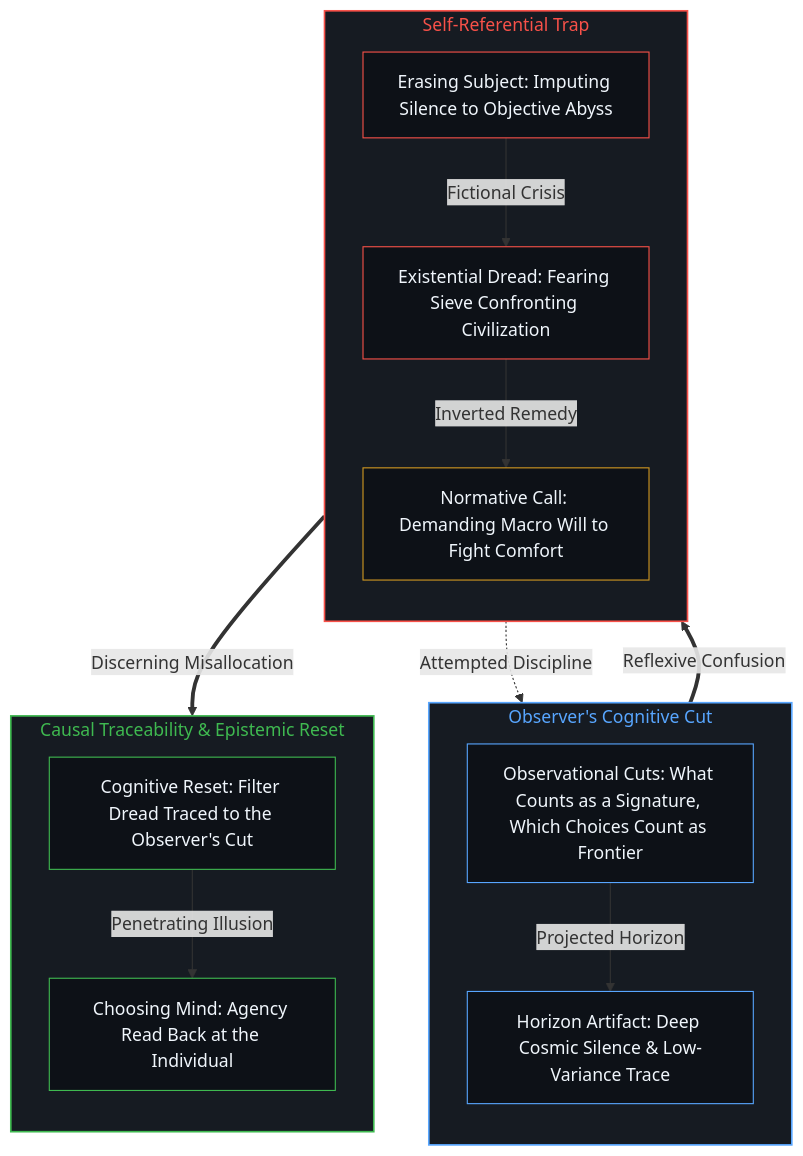
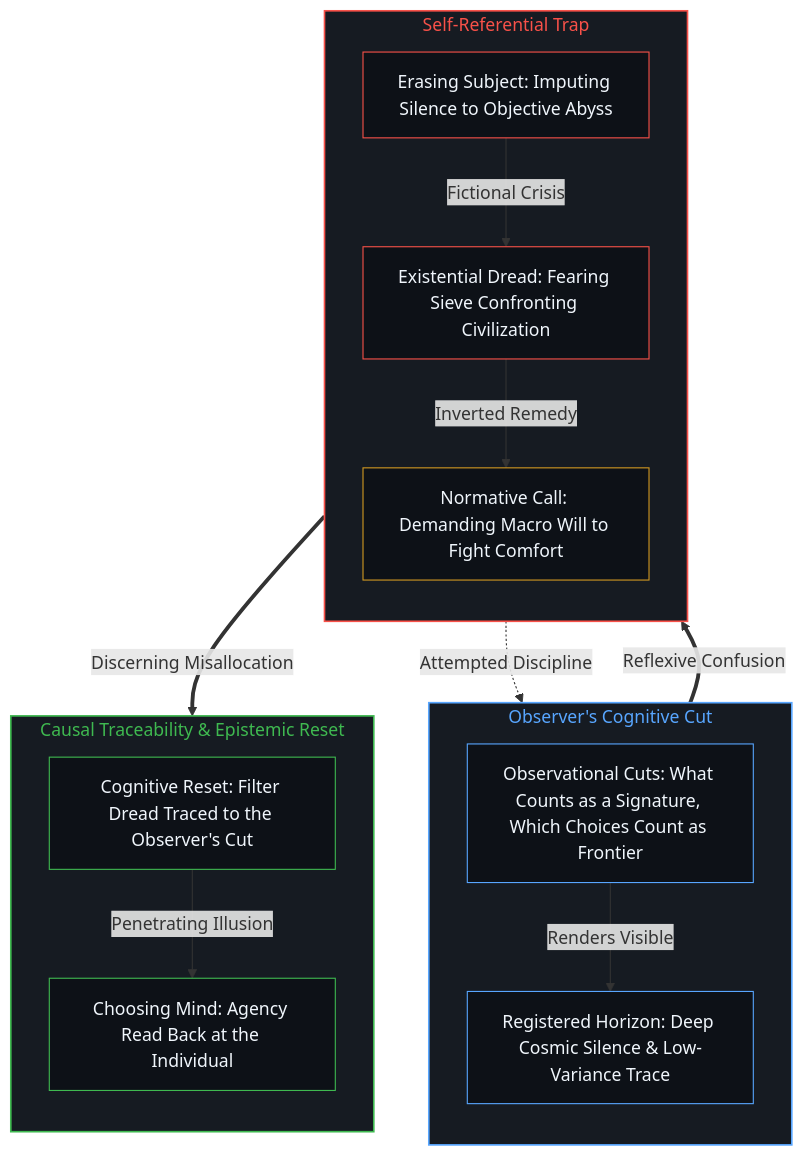
The fourth of 6 diagrams in content/posts/the-fermi-paradox-reified-agency-and-the-great-filter.md (powerpig99/not-a-toe), drawn with Mermaid before and after one commit. The commit also changed other lines of this file and 2 other files, not shown here.

Commit message:
Consolidate Deep Sleep Batch 23: refine ones-potential-as-threat-or-inspiration and the-fermi-paradox-reified-agency-and-the-great-filter

````diff
--- a/content/posts/the-fermi-paradox-reified-agency-and-the-great-filter.md
+++ b/content/posts/the-fermi-paradox-reified-agency-and-the-great-filter.md
@@ -148,36 +148,36 @@
 ```mermaid
 flowchart TD
     subgraph S_Cut ["Observer's Cognitive Cut"]
         direction TB
         CUT["Observational Cuts: What Counts as a Signature, Which Choices Count as Frontier"]
-        SIL["Horizon Artifact: Deep Cosmic Silence & Low-Variance Trace"]
+        SIL["Registered Horizon: Deep Cosmic Silence & Low-Variance Trace"]
     end
     subgraph S_Trap ["Self-Referential Trap"]
         direction TB
         ERASE["Erasing Subject: Imputing Silence to Objective Abyss"]
         DREAD["Existential Dread: Fearing Sieve Confronting Civilization"]
         MORAL["Normative Call: Demanding Macro Will to Fight Comfort"]
     end
     subgraph S_Ground ["Causal Traceability & Epistemic Reset"]
         direction TB
         REC["Cognitive Reset: Filter Dread Traced to the Observer's Cut"]
         MIND["Choosing Mind: Agency Read Back at the Individual"]
     end
-    CUT -->|"Projected Horizon"| SIL
+    CUT -->|"Renders Visible"| SIL
     SIL ==>|"Reflexive Confusion"| ERASE
     ERASE -->|"Fictional Crisis"| DREAD
     DREAD -->|"Inverted Remedy"| MORAL
     MORAL -.->|"Attempted Discipline"| CUT
     DREAD ==>|"Discerning Misallocation"| REC
     REC -->|"Penetrating Illusion"| MIND
     style S_Cut fill:#161b22,stroke:#58a6ff,stroke-width:1.5px,color:#58a6ff
     style S_Trap fill:#161b22,stroke:#f85149,stroke-width:1.5px,color:#f85149
     style S_Ground fill:#161b22,stroke:#3fb950,stroke-width:1.5px,color:#3fb950
     style CUT fill:#0d1117,stroke:#58a6ff,stroke-width:1px,color:#f0f6fc
     style SIL fill:#0d1117,stroke:#58a6ff,stroke-width:1px,color:#f0f6fc
     style ERASE fill:#0d1117,stroke:#f85149,stroke-width:1px,color:#f0f6fc
     style DREAD fill:#0d1117,stroke:#f85149,stroke-width:1px,color:#f0f6fc
     style MORAL fill:#0d1117,stroke:#d29922,stroke-width:1px,color:#f0f6fc
     style REC fill:#0d1117,stroke:#3fb950,stroke-width:1px,color:#f0f6fc
     style MIND fill:#0d1117,stroke:#3fb950,stroke-width:1px,color:#f0f6fc
 ```
````
